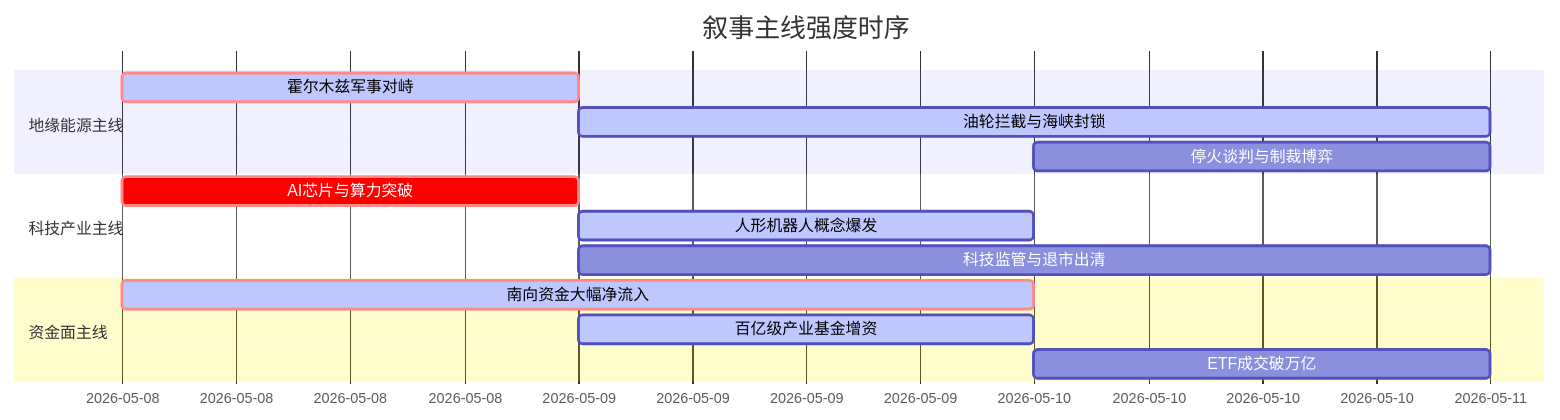
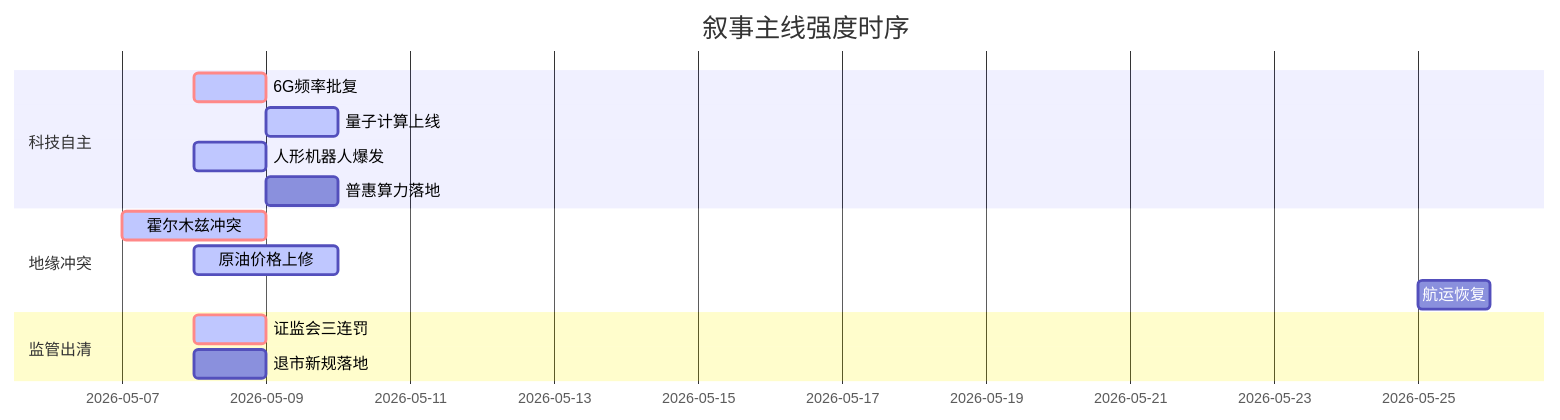
The diagram in 5day_report.md (uu5zn/uu5zn.github.io), drawn with Mermaid before and after one commit. The commit also changed other lines of this file and 18 other files, not shown here.

````diff
--- a/5day_report.md
+++ b/5day_report.md
@@ -56,19 +56,19 @@
 ```mermaid
 gantt
     title 叙事主线强度时序
     dateFormat  YYYY-MM-DD
-    section 地缘能源主线
-    霍尔木兹军事对峙   :crit, active, 2026-05-08, 1d
-    油轮拦截与海峡封锁 :active, 2026-05-09, 2d
-    停火谈判与制裁博弈 :2026-05-10, 1d
-    
-    section 科技产业主线
-    AI芯片与算力突破   :crit, 2026-05-08, 1d
-    人形机器人概念爆发 :active, 2026-05-09, 1d
-    科技监管与退市出清 :2026-05-09, 2d
-    
-    section 资金面主线
-    南向资金大幅净流入 :crit, active, 2026-05-08, 2d
-    百亿级产业基金增资 :active, 2026-05-09, 1d
-    ETF成交破万亿     :2026-05-10, 1d
+    section 科技自主
+    6G频率批复     :crit, active, 2026-05-08, 1d
+    量子计算上线   :active, 2026-05-09, 1d
+    人形机器人爆发 :active, 2026-05-08, 1d
+    普惠算力落地   :2026-05-09, 1d
+
+    section 地缘冲突
+    霍尔木兹冲突   :crit, active, 2026-05-07, 2d
+    原油价格上修   :active, 2026-05-08, 2d
+    航运恢复       :2026-05-25, 1d
+
+    section 监管出清
+    证监会三连罚   :crit, active, 2026-05-08, 1d
+    退市新规落地   :2026-05-08, 1d
 ```
````
